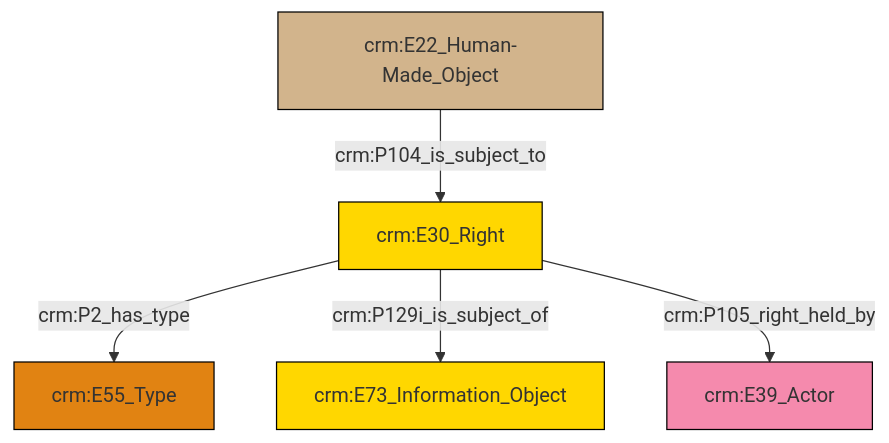
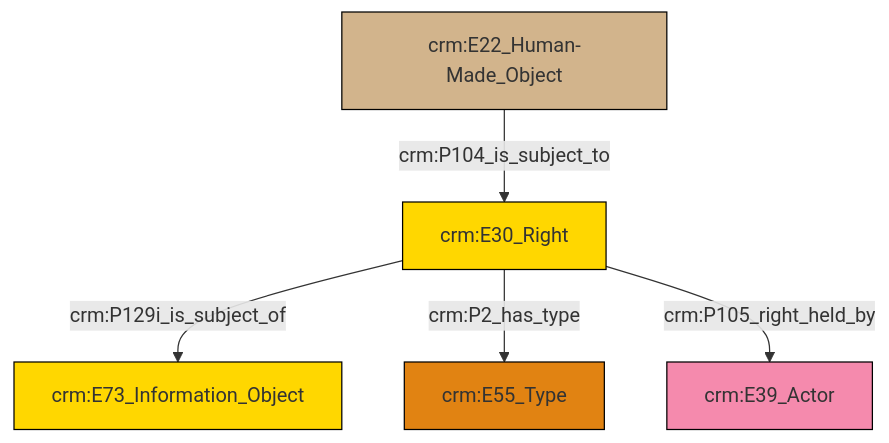
Before and after one commit to swiss-art-research-net/docs.swissartresearch: the diagram in et/carrierCSV/ttl/mmd/carrier_rights.ttl.mmd, drawn with Mermaid. The commit also changed 182 other files, not shown here.

```diff
--- a/et/carrierCSV/ttl/mmd/carrier_rights.ttl.mmd
+++ b/et/carrierCSV/ttl/mmd/carrier_rights.ttl.mmd
@@ -1,19 +1,19 @@
 graph TD
 classDef Literal fill:#f2f2f2,stroke:#000000;
 classDef CRM_Entity fill:#FFFFFF,stroke:#000000;
 classDef Temporal_Entity fill:#00C9E6, stroke:#000000;
 classDef Type fill:#E18312, stroke:#000000;
 classDef Time-Span fill:#2C9C91, stroke:#000000;
 classDef Appellation fill:#FFEB7F, stroke:#000000;
 classDef Place fill:#008836, stroke:#000000;
 classDef Persistent_Item fill:#B266B2, stroke:#000000;
 classDef Conceptual_Object fill:#FFD700, stroke:#000000;
 classDef Physical_Thing fill:#D2B48C, stroke:#000000;
 classDef Actor fill:#f58aad, stroke:#000000;
 classDef PC_Classes fill:#4ce600, stroke:#000000;
 classDef Multi fill:#cccccc,stroke:#000000;
 
-0["crm:E22_Human-Made_Object"]:::Physical_Thing -->|crm:P104_is_subject_to| 1["crm:E30_Right"]:::Conceptual_Object
-1["crm:E30_Right"]:::Conceptual_Object -->|crm:P2_has_type| 2["crm:E55_Type"]:::Type
-1["crm:E30_Right"]:::Conceptual_Object -->|crm:P129i_is_subject_of| 7["crm:E73_Information_Object"]:::Conceptual_Object
-1["crm:E30_Right"]:::Conceptual_Object -->|crm:P105_right_held_by| 5["crm:E39_Actor"]:::Actor
+6["crm:E22_Human-Made_Object"]:::Physical_Thing -->|crm:P104_is_subject_to| 0["crm:E30_Right"]:::Conceptual_Object
+0["crm:E30_Right"]:::Conceptual_Object -->|crm:P129i_is_subject_of| 2["crm:E73_Information_Object"]:::Conceptual_Object
+0["crm:E30_Right"]:::Conceptual_Object -->|crm:P2_has_type| 8["crm:E55_Type"]:::Type
+0["crm:E30_Right"]:::Conceptual_Object -->|crm:P105_right_held_by| 4["crm:E39_Actor"]:::Actor
```
